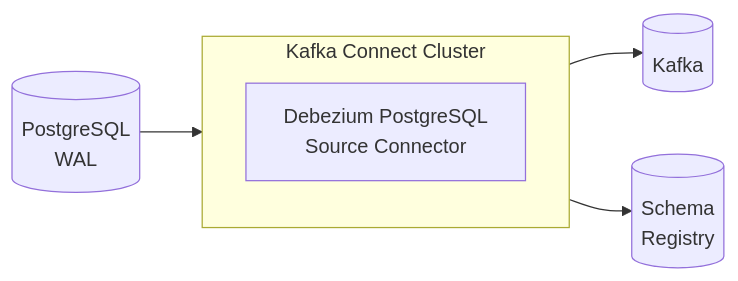
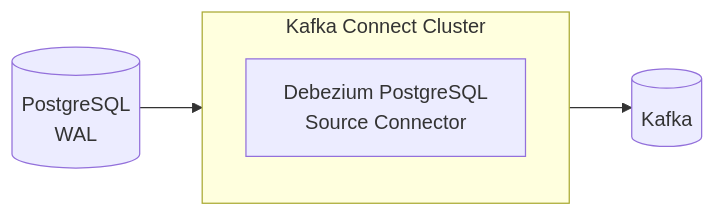
The diagram in documentation/adrs/0008-debezium-cdc-connector.md (cebartling/acme-inc-2026), drawn with Mermaid before and after one commit. The commit also changed other lines of this file and 4 other files, not shown here.

````diff
--- a/documentation/adrs/0008-debezium-cdc-connector.md
+++ b/documentation/adrs/0008-debezium-cdc-connector.md
@@ -31,11 +38,10 @@
 ```mermaid
 flowchart LR
     PG[(PostgreSQL<br/>WAL)] --> KC
 
     subgraph KC[Kafka Connect Cluster]
         DZ[Debezium PostgreSQL<br/>Source Connector]
     end
 
     KC --> Kafka[(Kafka)]
-    KC --> SR[(Schema<br/>Registry)]
 ```
````
